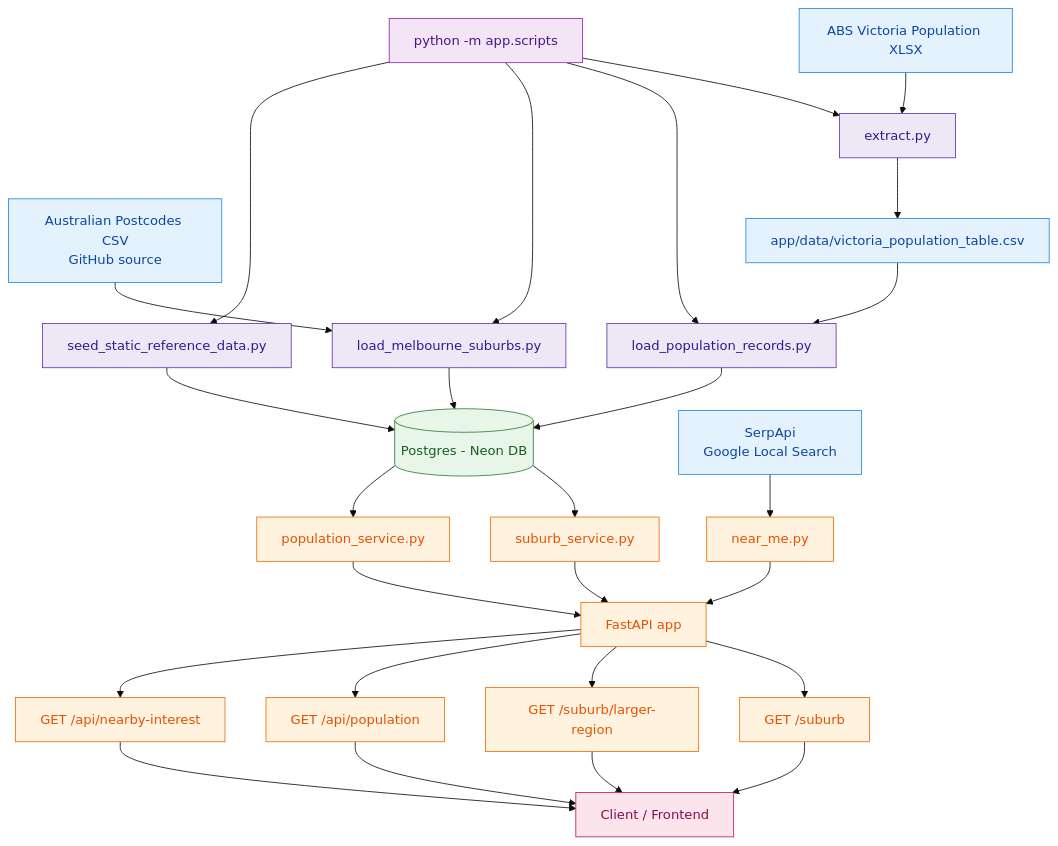
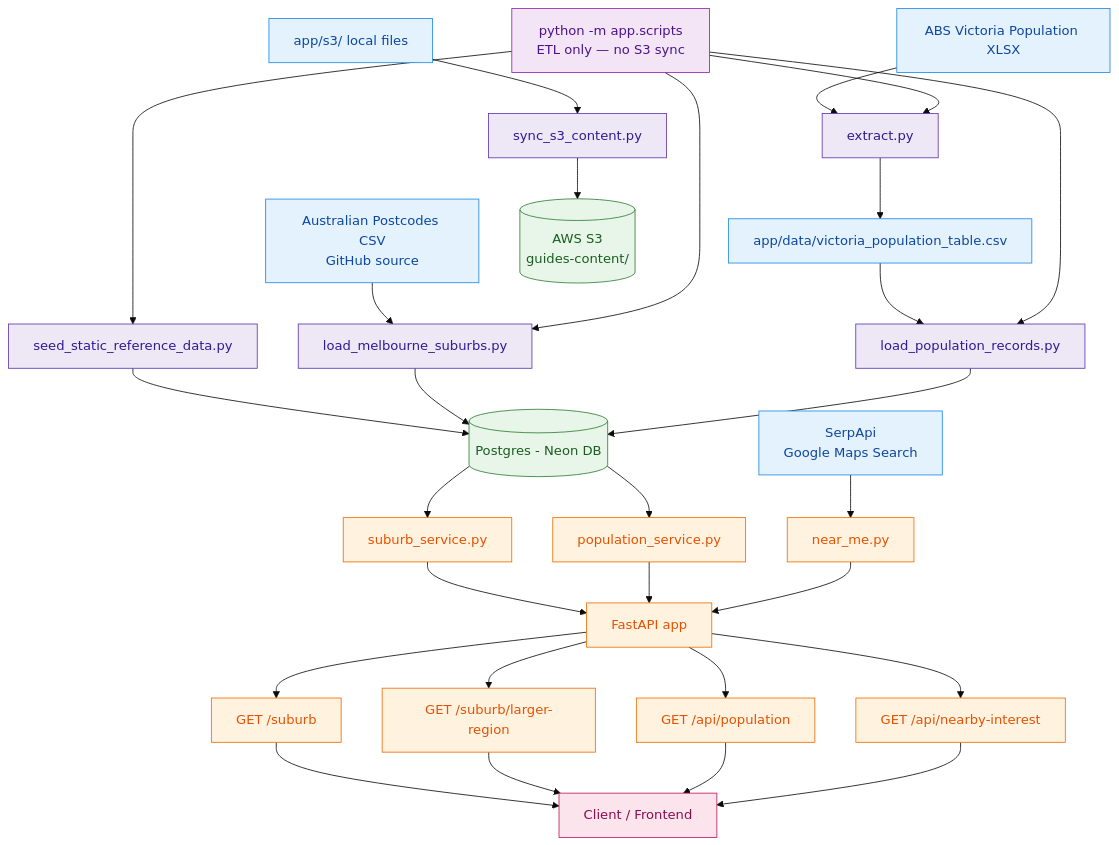
Before and after one commit to nauqh/minuri-server: the first of 2 diagrams in README.md, drawn with Mermaid (base theme). The commit also changed other lines of this file and 7 other files, not shown here.

````diff
--- a/README.md
+++ b/README.md
@@ -131,45 +231,48 @@
 ```mermaid
 flowchart TD
     A1[Australian Postcodes CSV<br/>GitHub source] --> S3[load_melbourne_suburbs.py]
     A2[ABS Victoria Population XLSX] --> S1[extract.py]
     S1 --> F1[app/data/victoria_population_table.csv]
     F1 --> S2[load_population_records.py]
     S4[seed_static_reference_data.py] --> DB[(Postgres - Neon DB)]
     S3 --> DB
     S2 --> DB
 
-    RUN[python -m app.scripts] --> S1
+    L1[app/s3/ local files] --> S5[sync_s3_content.py]
+    S5 --> S3B[(AWS S3<br/>guides-content/)]
+
+    RUN[python -m app.scripts<br/>ETL only — no S3 sync] --> S1
     RUN --> S2
     RUN --> S3
     RUN --> S4
 
     DB --> SV1[suburb_service.py]
     DB --> SV2[population_service.py]
-    A3[SerpApi<br/>Google Local Search] --> SV3[near_me.py]
+    A3[SerpApi<br/>Google Maps Search] --> SV3[near_me.py]
     SV1 --> API[FastAPI app]
     SV2 --> API
     SV3 --> API
 
     API --> R1[GET /suburb]
     API --> R2[GET /suburb/larger-region]
     API --> R3[GET /api/population]
     API --> R4[GET /api/nearby-interest]
     R1 --> U[Client / Frontend]
     R2 --> U
     R3 --> U
     R4 --> U
 
     classDef source fill:#e3f2fd,stroke:#1e88e5,color:#0d47a1;
     classDef etl fill:#ede7f6,stroke:#5e35b1,color:#311b92;
     classDef db fill:#e8f5e9,stroke:#2e7d32,color:#1b5e20;
     classDef serve fill:#fff3e0,stroke:#ef6c00,color:#e65100;
     classDef client fill:#fce4ec,stroke:#c2185b,color:#880e4f;
     classDef runner fill:#f3e5f5,stroke:#8e24aa,color:#4a148c;
 
-    class A1,A2,A3,F1 source;
-    class S1,S2,S3,S4 etl;
-    class DB db;
+    class A1,A2,A3,F1,L1 source;
+    class S1,S2,S3,S4,S5 etl;
+    class DB,S3B db;
     class SV1,SV2,SV3,R1,R2,R3,R4,API serve;
     class U client;
     class RUN runner;
 ```
````
